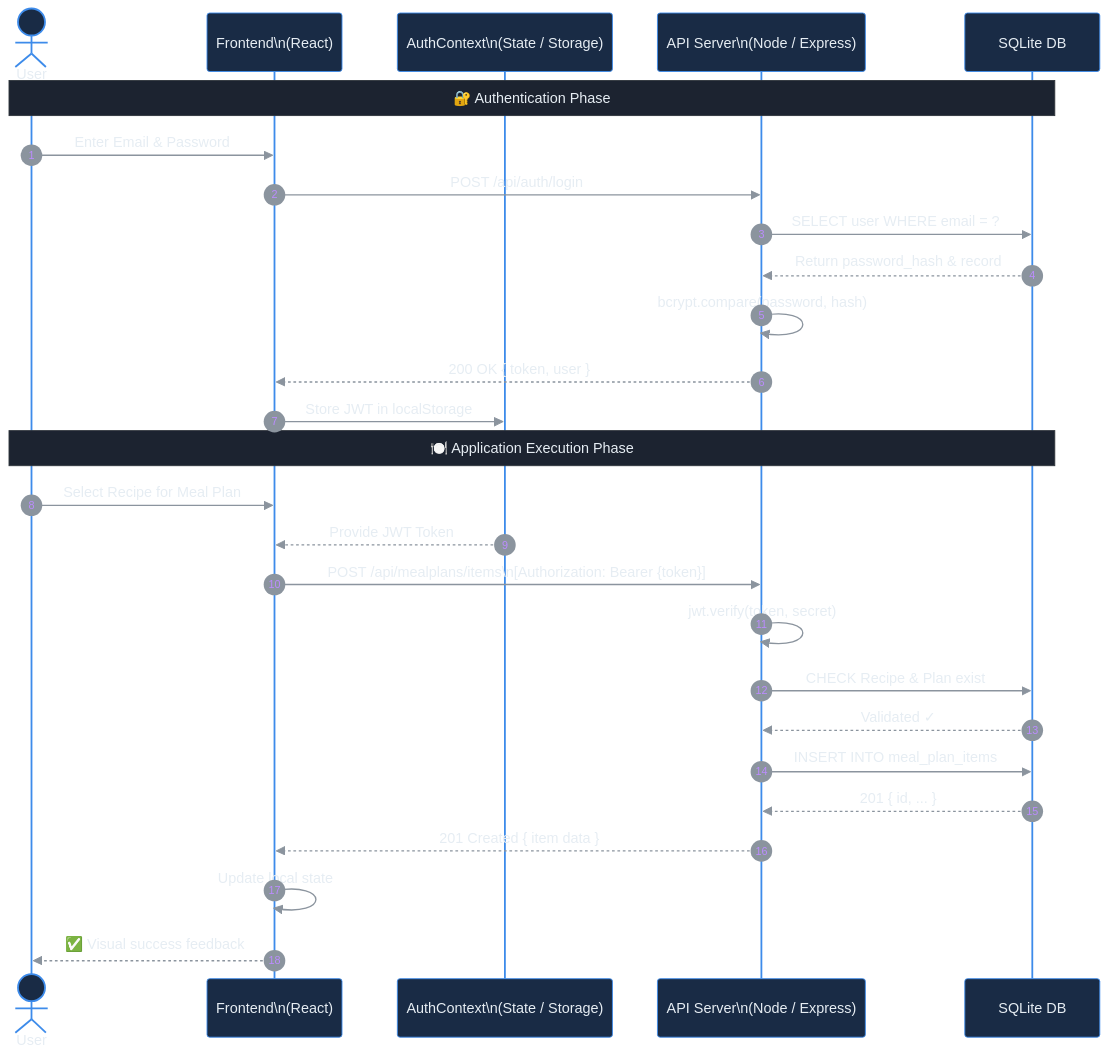
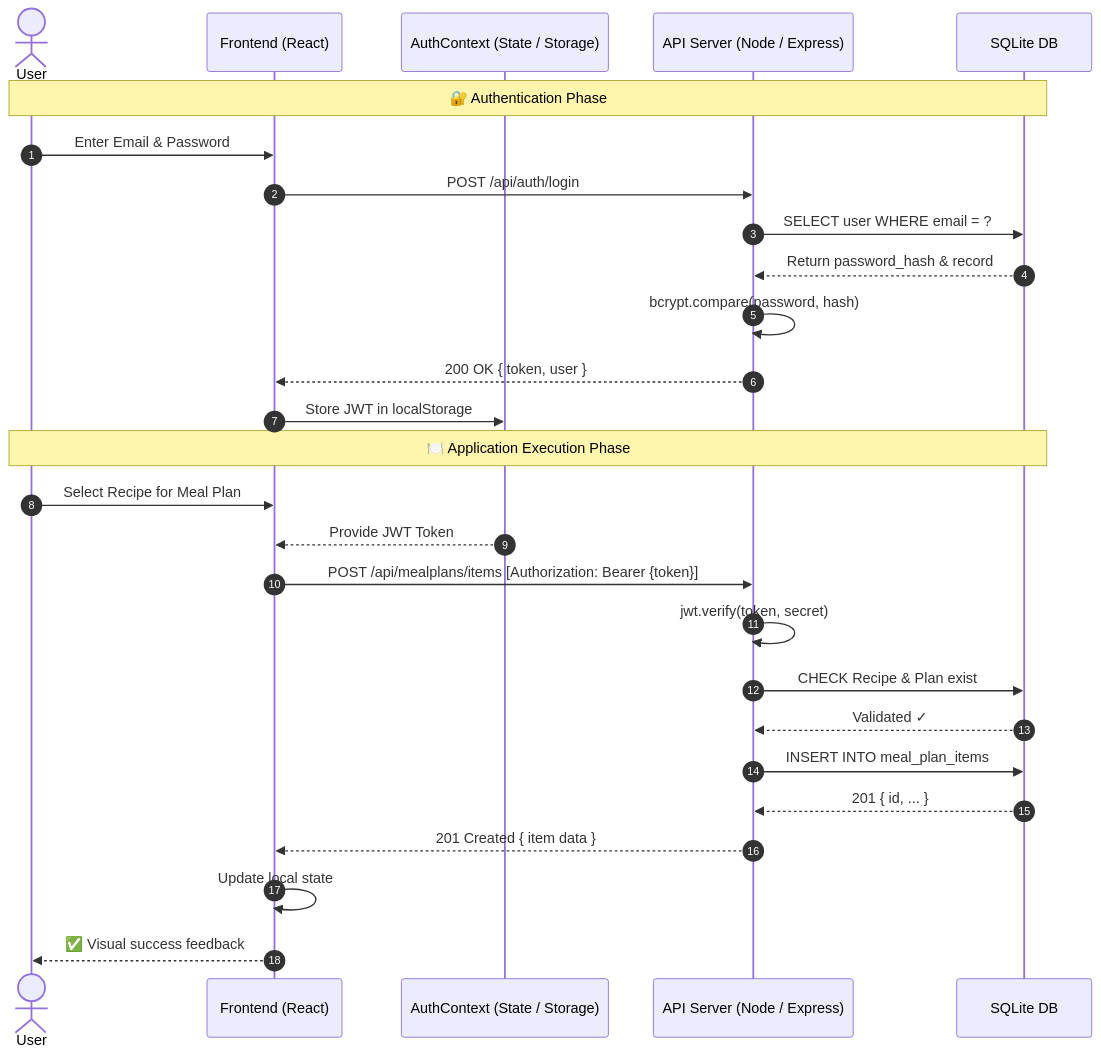
One commit to OmarIUBH/software-engineering-project changed the third of 4 diagrams in docs/UML_DIAGRAMS.md. Above: the diagram before and after it, drawn with Mermaid. The commit also changed other lines of this file, not shown here.

Commit message:
docs: rewrite UML_DIAGRAMS.md with Mermaid diagrams and explanations

````diff
--- a/docs/UML_DIAGRAMS.md
+++ b/docs/UML_DIAGRAMS.md
@@ -582,59 +96,33 @@
-          <div class="mermaid">
-            %%{init: {
-            'theme': 'base',
-            'themeVariables': {
-            'background': '#161b22',
-            'primaryColor': '#192b45',
-            'primaryTextColor': '#e6edf3',
-            'primaryBorderColor': '#3d8bea',
-            'lineColor': '#8b949e',
-            'actorBkg': '#192b45',
-            'actorBorder': '#3d8bea',
-            'actorTextColor': '#e6edf3',
-            'activationBorderColor': '#3fb950',
-            'activationBkgColor': '#1a2e1a',
-            'noteBkgColor': '#1c2330',
-            'noteTextColor': '#e6edf3',
-            'noteBorderColor': '#30363d',
-            'labelBoxBkgColor': '#1c2330',
-            'labelBoxBorderColor': '#30363d',
-            'labelTextColor': '#e6edf3',
-            'loopTextColor': '#e6edf3',
-            'signalTextColor': '#e6edf3',
-            'signalColor': '#8b949e',
-            'sequenceNumberColor': '#bc8cff',
-            'fontFamily': 'Inter, sans-serif'
-            }
-            }}%%
-            sequenceDiagram
-            autonumber
-            actor User
-            participant UI as Frontend\n(React)
-            participant Auth as AuthContext\n(State / Storage)
-            participant API as API Server\n(Node / Express)
-            participant DB as SQLite DB
+```mermaid
+sequenceDiagram
+    autonumber
+    actor User
+    participant UI as Frontend (React)
+    participant Auth as AuthContext (State / Storage)
+    participant API as API Server (Node / Express)
+    participant DB as SQLite DB
 
-            Note over User,DB: 🔐 Authentication Phase
+    Note over User,DB: 🔐 Authentication Phase
 
-            User->>UI: Enter Email & Password
-            UI->>API: POST /api/auth/login
-            API->>DB: SELECT user WHERE email = ?
-            DB-->>API: Return password_hash & record
-            API->>API: bcrypt.compare(password, hash)
-            API-->>UI: 200 OK { token, user }
-            UI->>Auth: Store JWT in localStorage
+    User->>UI: Enter Email & Password
+    UI->>API: POST /api/auth/login
+    API->>DB: SELECT user WHERE email = ?
+    DB-->>API: Return password_hash & record
+    API->>API: bcrypt.compare(password, hash)
+    API-->>UI: 200 OK { token, user }
+    UI->>Auth: Store JWT in localStorage
 
-            Note over User,DB: 🍽️ Application Execution Phase
+    Note over User,DB: 🍽️ Application Execution Phase
 
-            User->>UI: Select Recipe for Meal Plan
-            Auth-->>UI: Provide JWT Token
-            UI->>API: POST /api/mealplans/items\n[Authorization: Bearer {token}]
-            API->>API: jwt.verify(token, secret)
-            API->>DB: CHECK Recipe & Plan exist
-            DB-->>API: Validated ✓
-            API->>DB: INSERT INTO meal_plan_items
-            DB-->>API: 201 { id, ... }
-            API-->>UI: 201 Created { item data }
-            UI->>UI: Update local state
-            UI-->>User: ✅ Visual success feedback
-          </div>
+    User->>UI: Select Recipe for Meal Plan
+    Auth-->>UI: Provide JWT Token
+    UI->>API: POST /api/mealplans/items [Authorization: Bearer {token}]
+    API->>API: jwt.verify(token, secret)
+    API->>DB: CHECK Recipe & Plan exist
+    DB-->>API: Validated ✓
+    API->>DB: INSERT INTO meal_plan_items
+    DB-->>API: 201 { id, ... }
+    API-->>UI: 201 Created { item data }
+    UI->>UI: Update local state
+    UI-->>User: ✅ Visual success feedback
+```
````
